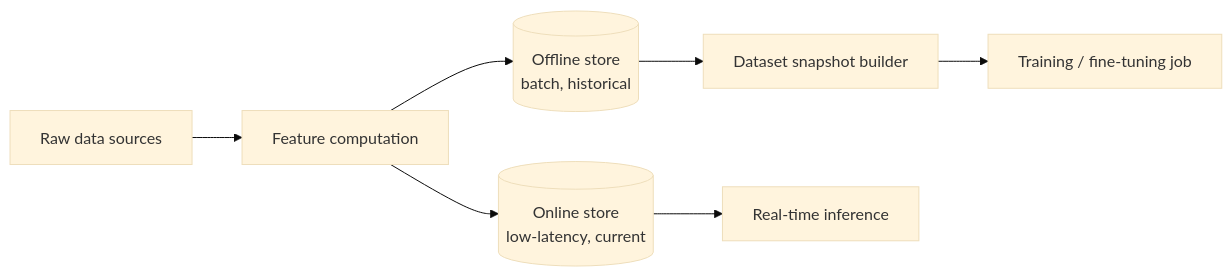
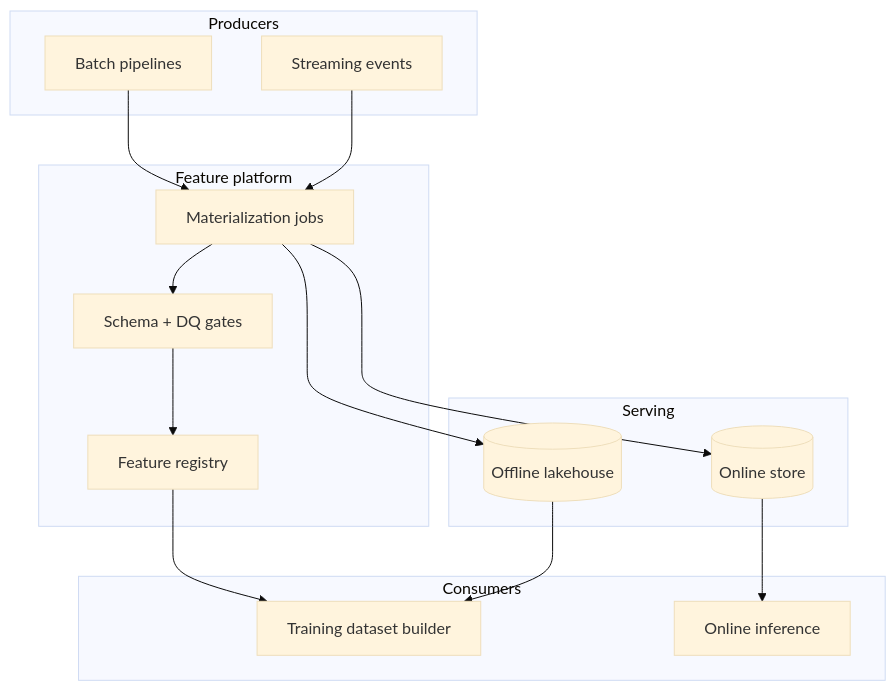
One commit to vpeetla-ai/ai-architect-interview-playbook changed the diagram in ai-system-design/04-feature-store-finetuning-data-pipeline.md. Above: the diagram before and after it, drawn with Mermaid (base theme). The commit also changed other lines of this file and 54 other files, not shown here.

First line of the commit message:
Upgrade system-design APIs and replace HLD flowcharts with architecture diagrams.

````diff
--- a/ai-system-design/04-feature-store-finetuning-data-pipeline.md
+++ b/ai-system-design/04-feature-store-finetuning-data-pipeline.md
@@ -51,9 +69,28 @@
 ```mermaid
-flowchart LR
-    SRC[Raw data sources] --> COMP[Feature computation]
-    COMP --> OFF[(Offline store<br/>batch, historical)]
-    COMP --> ON[(Online store<br/>low-latency, current)]
-    OFF --> SNAP[Dataset snapshot builder]
-    SNAP --> TRAIN[Training / fine-tuning job]
-    ON --> SERVE[Real-time inference]
+graph TB
+  subgraph producers [Producers]
+    Batch[Batch pipelines]
+    Stream[Streaming events]
+  end
+  subgraph platform [Feature platform]
+    Reg[Feature registry]
+    Mat[Materialization jobs]
+    Val[Schema + DQ gates]
+  end
+  subgraph serving [Serving]
+    Online[(Online store)]
+    Offline[(Offline lakehouse)]
+  end
+  subgraph consumers [Consumers]
+    Train[Training dataset builder]
+    Inf[Online inference]
+  end
+  Batch --> Mat
+  Stream --> Mat
+  Mat --> Val --> Reg
+  Mat --> Online
+  Mat --> Offline
+  Reg --> Train
+  Offline --> Train
+  Online --> Inf
 ```
````
